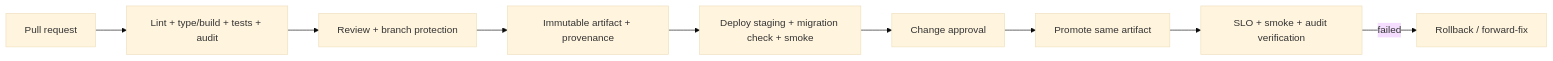
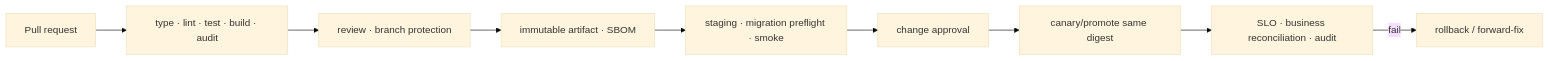
One commit to QuangHuy71104/kumho-smartops changed the sixth of 6 diagrams in docs/ARCHITECTURE.md. Above: the diagram before and after it, drawn with Mermaid (base theme). The commit also changed other lines of this file and 113 other files, not shown here.

````diff
--- a/docs/ARCHITECTURE.md
+++ b/docs/ARCHITECTURE.md
@@ -248,11 +250,11 @@
 ```mermaid
 flowchart LR
-    PR["Pull request"] --> CI["Lint + type/build + tests + audit"]
-    CI --> Review["Review + branch protection"]
-    Review --> Artifact["Immutable artifact + provenance"]
-    Artifact --> Staging["Deploy staging + migration check + smoke"]
-    Staging --> Approval["Change approval"]
-    Approval --> Prod["Promote same artifact"]
-    Prod --> Verify["SLO + smoke + audit verification"]
-    Verify -->|"failed"| Rollback["Rollback / forward-fix"]
+    PR["Pull request"] --> CI["type · lint · test · build · audit"]
+    CI --> Review["review · branch protection"]
+    Review --> Artifact["immutable artifact · SBOM"]
+    Artifact --> Staging["staging · migration preflight · smoke"]
+    Staging --> Approval["change approval"]
+    Approval --> Prod["canary/promote same digest"]
+    Prod --> Verify["SLO · business reconciliation · audit"]
+    Verify -->|"fail"| Recovery["rollback / forward-fix"]
 ```
````
